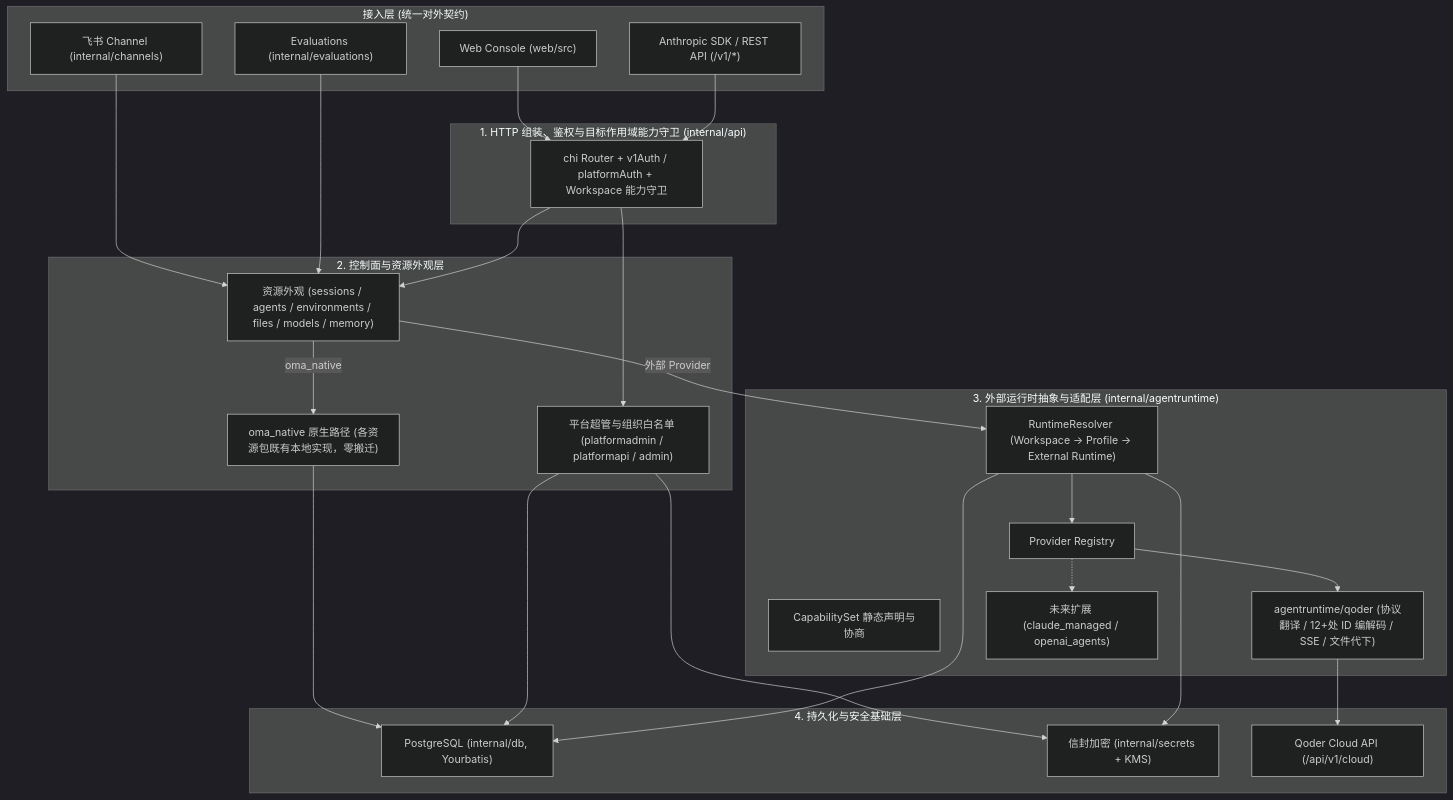
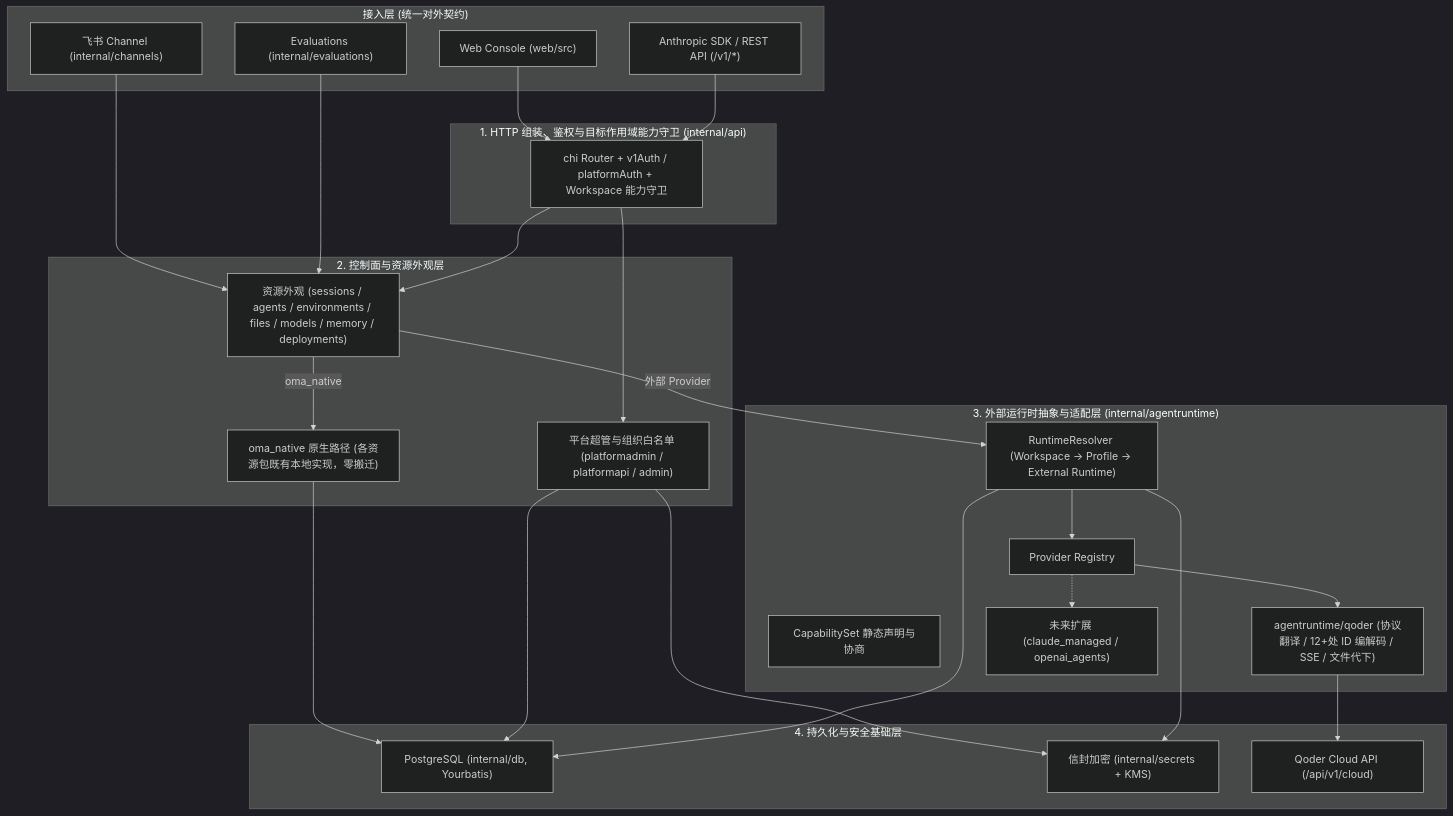
One commit to superduck-ai/open-managed-agents changed the diagram in docs/design/multi-provider-runtime.md. Above: the diagram before and after it, drawn with Mermaid (dark theme). The commit also changed other lines of this file and 20 other files, not shown here.

````diff
--- a/docs/design/multi-provider-runtime.md
+++ b/docs/design/multi-provider-runtime.md
@@ -50,51 +50,51 @@
 ```mermaid
 flowchart TB
     subgraph Access["接入层 (统一对外契约)"]
         WebUI["Web Console (web/src)"]
         SDK["Anthropic SDK / REST API (/v1/*)"]
         Feishu["飞书 Channel (internal/channels)"]
         Eval["Evaluations (internal/evaluations)"]
     end
 
     subgraph API["1. HTTP 组装、鉴权与目标作用域能力守卫 (internal/api)"]
         Router["chi Router + v1Auth / platformAuth + Workspace 能力守卫"]
     end
 
     subgraph ControlPlane["2. 控制面与资源外观层"]
-        Resources["资源外观 (sessions / agents / environments / files / models / memory)"]
+        Resources["资源外观 (sessions / agents / environments / files / models / memory / deployments)"]
         Admin["平台超管与组织白名单 (platformadmin / platformapi / admin)"]
         NativeFast["oma_native 原生路径 (各资源包既有本地实现，零搬迁)"]
     end
 
     subgraph ExternalRT["3. 外部运行时抽象与适配层 (internal/agentruntime)"]
         Resolver["RuntimeResolver (Workspace -> Profile -> External Runtime)"]
         Caps["CapabilitySet 静态声明与协商"]
         Registry["Provider Registry"]
         Qoder["agentruntime/qoder (协议翻译 / 12+处 ID 编解码 / SSE / 文件代下)"]
         Future["未来扩展 (claude_managed / openai_agents)"]
     end
 
     subgraph Infra["4. 持久化与安全基础层"]
         DB["PostgreSQL (internal/db, Yourbatis)"]
         Secrets["信封加密 (internal/secrets + KMS)"]
         QoderAPI["Qoder Cloud API (/api/v1/cloud)"]
     end
 
     WebUI --> Router
     SDK --> Router
     Feishu --> Resources
     Eval --> Resources
     Router --> Resources
     Router --> Admin
     Resources -->|"oma_native"| NativeFast
     Resources -->|"外部 Provider"| Resolver
     Resolver --> Registry
     Registry --> Qoder
     Registry -.-> Future
     NativeFast --> DB
     Admin --> DB
     Admin --> Secrets
     Resolver --> DB
     Resolver --> Secrets
     Qoder --> QoderAPI
 ```
````
